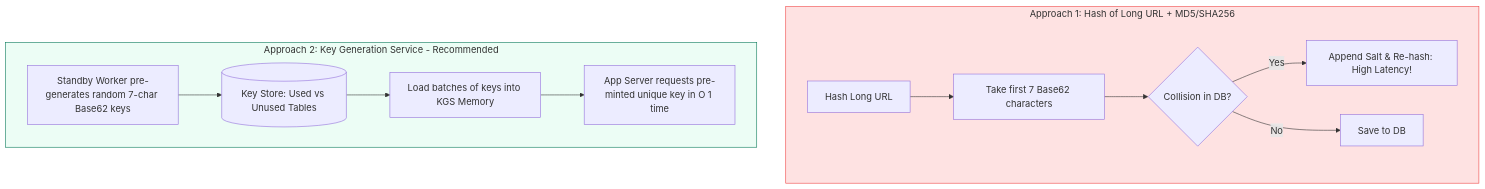
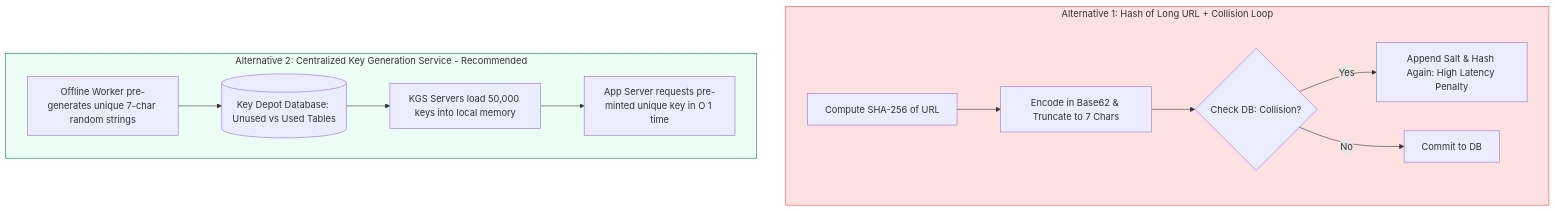
One commit to kvai9826/system-design-for-program-managers changed the third of 4 diagrams in 05-real-world-case-studies/01-url-shortener.md. Above: the diagram before and after it, drawn with Mermaid. The commit also changed other lines of this file and 30 other files, not shown here.

````diff
--- a/05-real-world-case-studies/01-url-shortener.md
+++ b/05-real-world-case-studies/01-url-shortener.md
@@ -82,21 +187,21 @@
 ```mermaid
 flowchart TD
-    subgraph HashApproach [Approach 1: Hash of Long URL + MD5/SHA256]
-        H1[Hash Long URL] --> H2[Take first 7 Base62 characters]
-        H2 --> H3{Collision in DB?}
-        H3 -->|Yes| H4[Append Salt & Re-hash: High Latency!]
-        H3 -->|No| H5[Save to DB]
+    subgraph Alt1 [Alternative 1: Hash of Long URL + Collision Loop]
+        A1[Compute SHA-256 of URL] --> A2[Encode in Base62 & Truncate to 7 Chars]
+        A2 --> A3{Check DB: Collision?}
+        A3 -->|Yes| A4[Append Salt & Hash Again: High Latency Penalty]
+        A3 -->|No| A5[Commit to DB]
     end
 
-    subgraph KGSApproach [Approach 2: Key Generation Service - Recommended]
-        K1[Standby Worker pre-generates random 7-char Base62 keys]
-        K1 --> K2[(Key Store: Used vs Unused Tables)]
-        K2 --> K3[Load batches of keys into KGS Memory]
-        K3 --> K4[App Server requests pre-minted unique key in O 1 time]
+    subgraph Alt2 [Alternative 2: Centralized Key Generation Service - Recommended]
+        B1[Offline Worker pre-generates unique 7-char random strings]
+        B1 --> B2[(Key Depot Database: Unused vs Used Tables)]
+        B2 --> B3[KGS Servers load 50,000 keys into local memory]
+        B3 --> B4[App Server requests pre-minted unique key in O 1 time]
     end
 
-    classDef red fill:#fee2e2,stroke:#ef4444,stroke-width:1px;
-    classDef green fill:#ecfdf5,stroke:#047857,stroke-width:1px;
-    class HashApproach red;
-    class KGSApproach green;
+    classDef badStyle fill:#fee2e2,stroke:#ef4444,stroke-width:1px;
+    classDef goodStyle fill:#ecfdf5,stroke:#047857,stroke-width:1px;
+    class Alt1 badStyle;
+    class Alt2 goodStyle;
 ```
````
